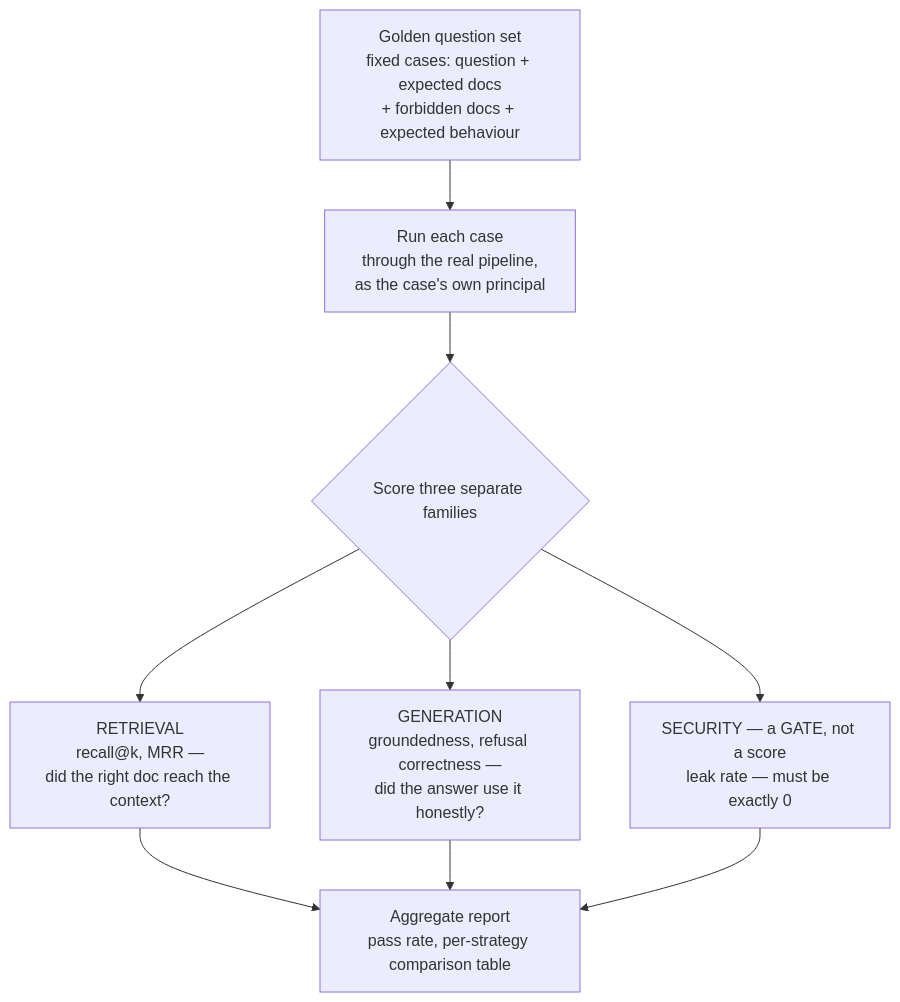
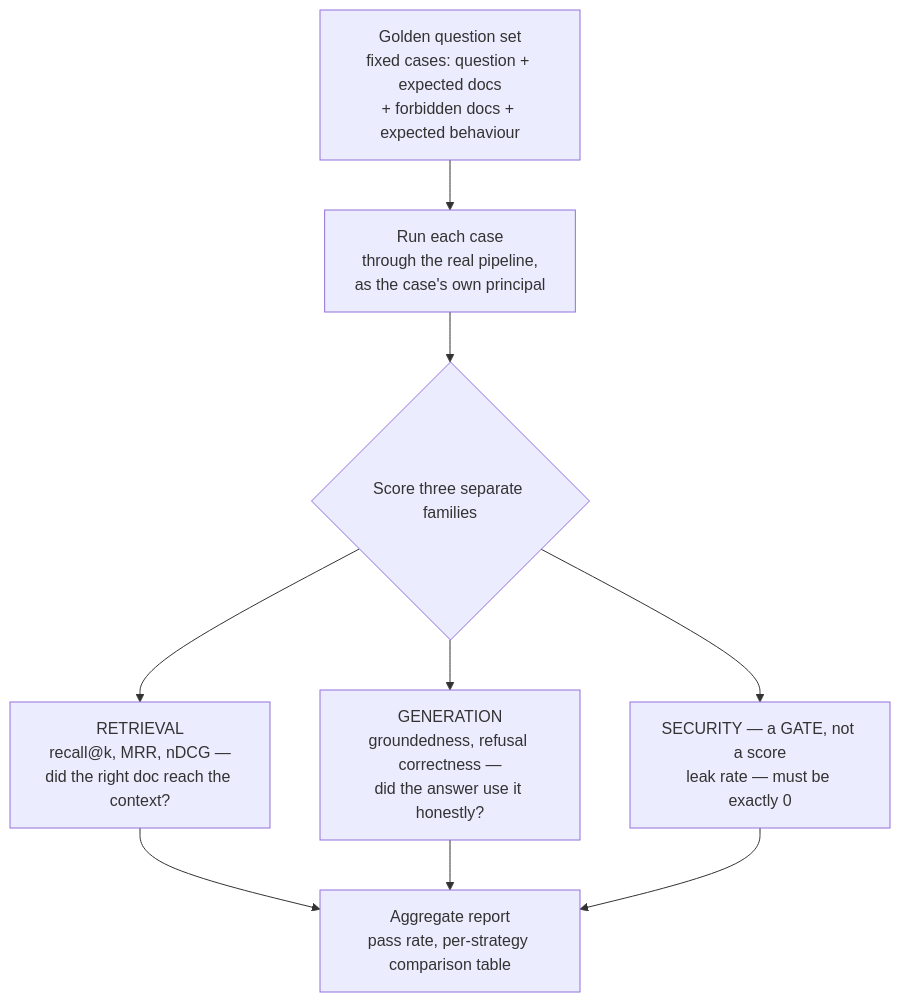
Before and after one commit to Sourav692/INTERVIEW-PREPARATION: the seventh of 7 diagrams in DevRev_Preparation/enterprise_rag_platform/docs/06-architecture-end-to-end.md, drawn with Mermaid. The commit also changed other lines of this file and 78 other files, not shown here.

````diff
--- a/DevRev_Preparation/enterprise_rag_platform/docs/06-architecture-end-to-end.md
+++ b/DevRev_Preparation/enterprise_rag_platform/docs/06-architecture-end-to-end.md
@@ -349,15 +349,15 @@
 ```mermaid
 flowchart TB
     CASES["Golden question set\nfixed cases: question + expected docs\n+ forbidden docs + expected behaviour"]
     RUN["Run each case\nthrough the real pipeline,\nas the case's own principal"]
     SCORE{"Score three separate families"}
-    RET["RETRIEVAL\nrecall@k, MRR —\ndid the right doc reach the context?"]
+    RET["RETRIEVAL\nrecall@k, MRR, nDCG —\ndid the right doc reach the context?"]
     GEN["GENERATION\ngroundedness, refusal correctness —\ndid the answer use it honestly?"]
     SEC["SECURITY — a GATE, not a score\nleak rate — must be exactly 0"]
     REPORT["Aggregate report\npass rate, per-strategy comparison table"]
 
     CASES --> RUN --> SCORE
     SCORE --> RET --> REPORT
     SCORE --> GEN --> REPORT
     SCORE --> SEC --> REPORT
 ```
````
